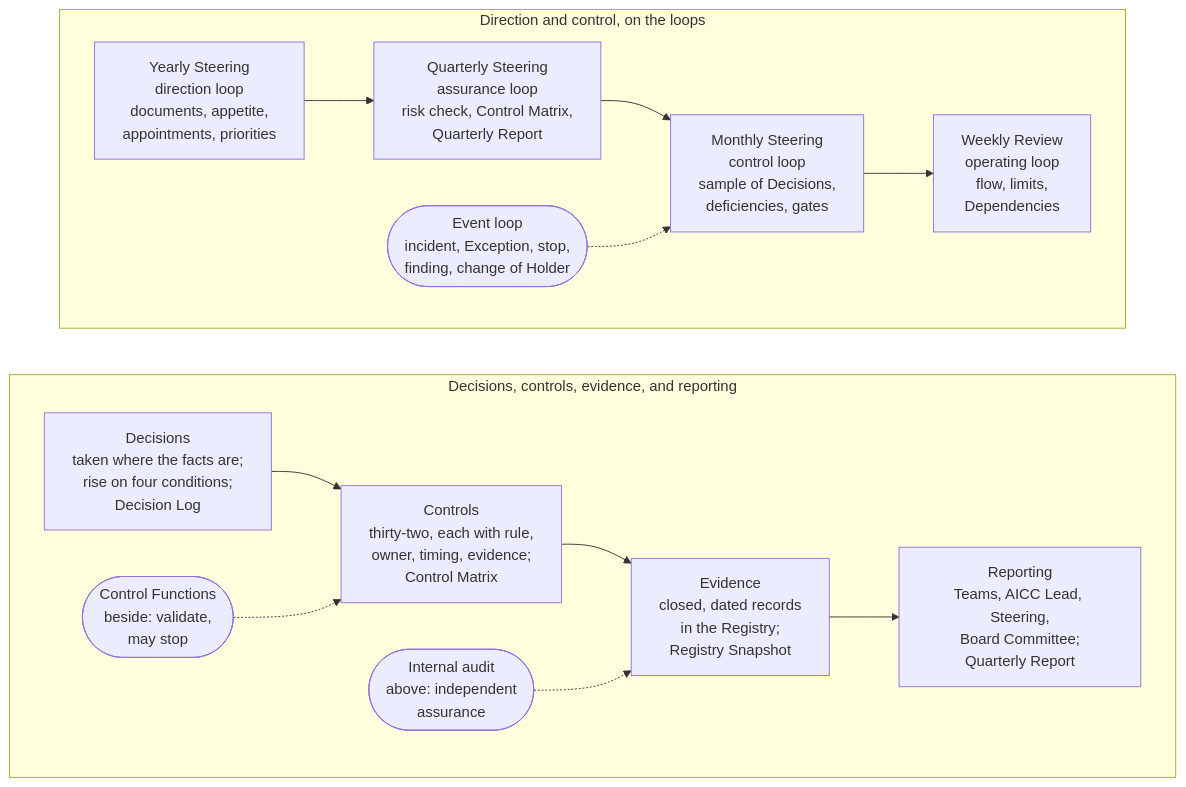
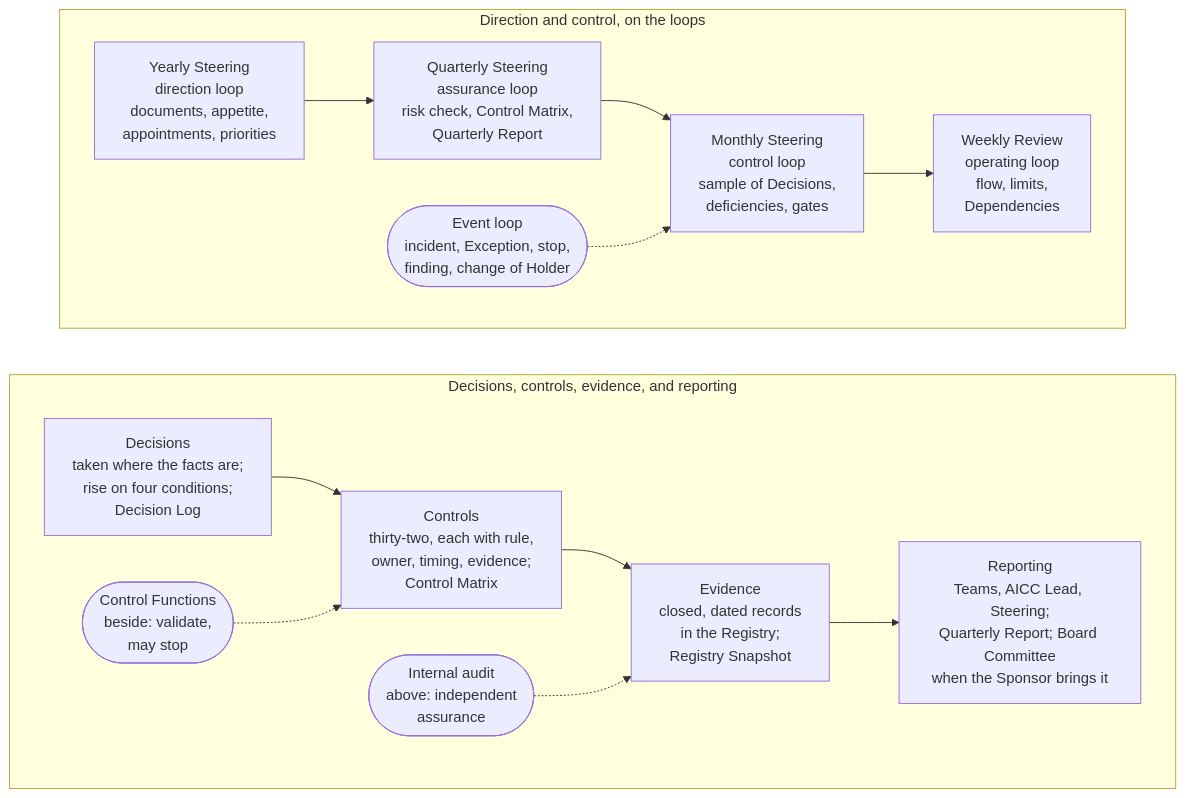
The diagram in portal/content/en/governance/overview.md (devhogu/ob-aicc), drawn with Mermaid before and after one commit. The commit also changed other lines of this file and 150 other files, not shown here.

First line of the commit message:
WIP: in-progress board-reporting, term sweep and records rewrite

````diff
--- a/portal/content/en/governance/overview.md
+++ b/portal/content/en/governance/overview.md
@@ -9,19 +9,19 @@
 ```mermaid
 flowchart TB
   subgraph ROW1["Direction and control, on the loops"]
     direction LR
     Y["Yearly Steering<br/>direction loop<br/>documents, appetite,<br/>appointments, priorities"] --> Q["Quarterly Steering<br/>assurance loop<br/>risk check, Control Matrix,<br/>Quarterly Report"]
     Q --> M["Monthly Steering<br/>control loop<br/>sample of Decisions,<br/>deficiencies, gates"]
     M --> W["Weekly Review<br/>operating loop<br/>flow, limits,<br/>Dependencies"]
     E(["Event loop<br/>incident, Exception, stop,<br/>finding, change of Holder"]) -.-> M
   end
   subgraph ROW2["Decisions, controls, evidence, and reporting"]
     direction LR
     D["Decisions<br/>taken where the facts are;<br/>rise on four conditions;<br/>Decision Log"] --> C["Controls<br/>thirty-two, each with rule,<br/>owner, timing, evidence;<br/>Control Matrix"]
     C --> R["Evidence<br/>closed, dated records<br/>in the Registry;<br/>Registry Snapshot"]
-    R --> B["Reporting<br/>Teams, AICC Lead, Steering,<br/>Board Committee;<br/>Quarterly Report"]
+    R --> B["Reporting<br/>Teams, AICC Lead, Steering;<br/>Quarterly Report; Board Committee<br/>when the Sponsor brings it"]
     CF(["Control Functions<br/>beside: validate,<br/>may stop"]) -.-> C
     IA(["Internal audit<br/>above: independent<br/>assurance"]) -.-> R
   end
   ROW1 ~~~ ROW2
 ```
````
